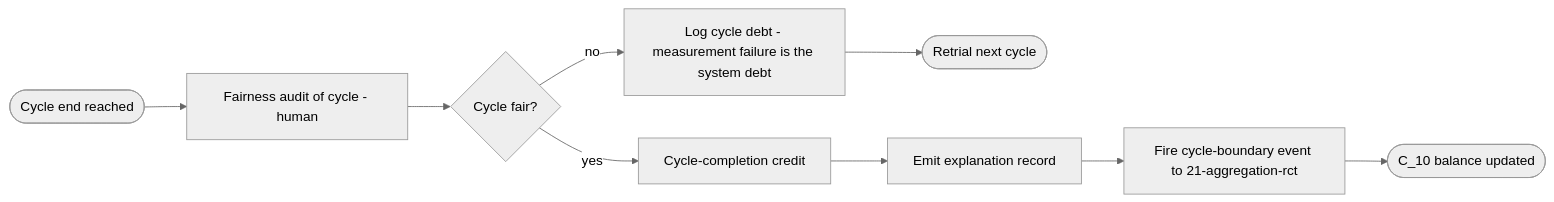
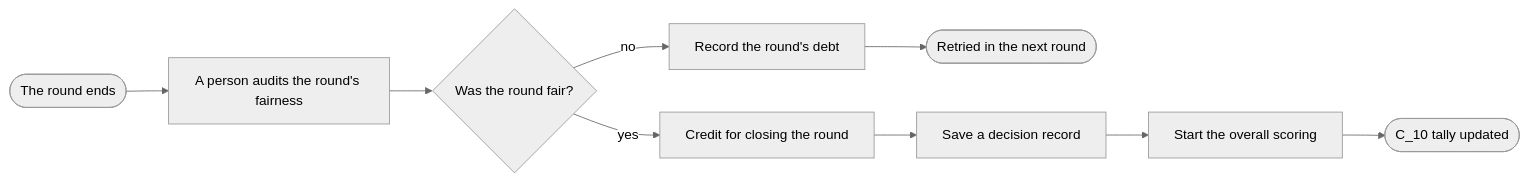
One commit to vijayee/resonantdao-example changed diagram 13 of 24 in docs/contribution-economy/README.md. Above: the diagram before and after it, drawn with Mermaid (neutral theme). The commit also changed other lines of this file, not shown here.

````diff
--- a/docs/contribution-economy/README.md
+++ b/docs/contribution-economy/README.md
@@ -236,6 +233,6 @@
 ```mermaid
 flowchart LR
-  S([Cycle end reached]) --> FA[Fairness audit of cycle - human] --> G{Cycle fair?}
-  G -->|no| LOG[Log cycle debt - measurement failure is the system debt] --> E1([Retrial next cycle])
-  G -->|yes| CC[Cycle-completion credit] --> RC[Emit explanation record] --> FIRE[Fire cycle-boundary event to 21-aggregation-rct] --> E2([C_10 balance updated])
+  S([The round ends]) --> FA[A person audits the round's fairness] --> G{Was the round fair?}
+  G -->|no| LOG[Record the round's debt] --> E1([Retried in the next round])
+  G -->|yes| CC[Credit for closing the round] --> RC[Save a decision record] --> FIRE[Start the overall scoring] --> E2([C_10 tally updated])
 ```
````
